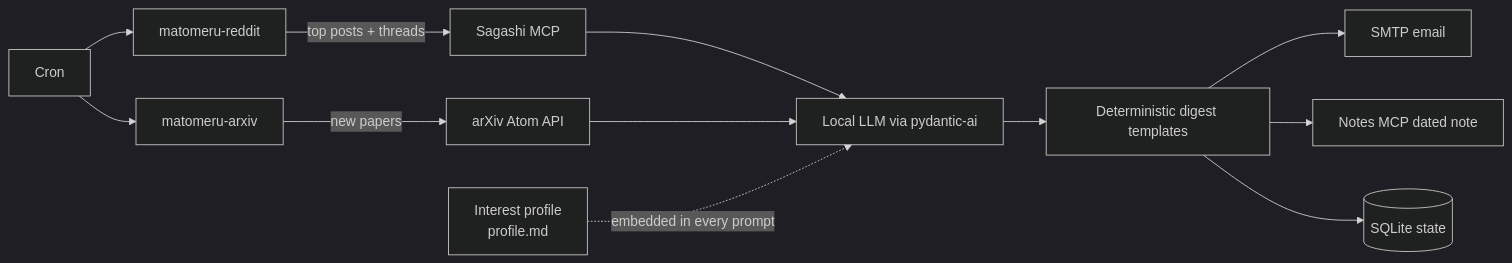
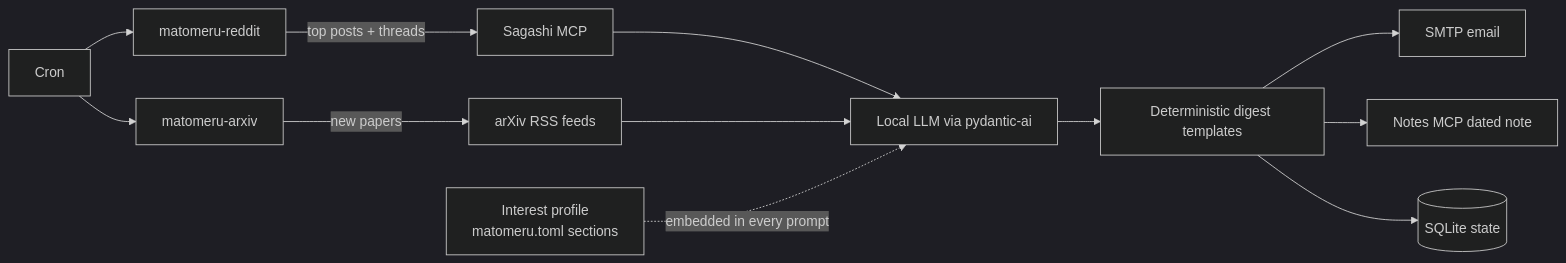
One commit to divin/matomeru changed the diagram in README.md. Above: the diagram before and after it, drawn with Mermaid (dark theme). The commit also changed other lines of this file and 5 other files, not shown here.

````diff
--- a/README.md
+++ b/README.md
@@ -13,14 +13,14 @@
 ```mermaid
 flowchart LR
     cron[Cron] --> R[matomeru-reddit]
     cron --> A[matomeru-arxiv]
     R -->|top posts + threads| S[Sagashi MCP]
-    A -->|new papers| X[arXiv Atom API]
+    A -->|new papers| X[arXiv RSS feeds]
     S --> L[Local LLM via pydantic-ai]
     X --> L
-    P[Interest profile<br/>profile.md] -. embedded in every prompt .-> L
+    P[Interest profile<br/>matomeru.toml sections] -. embedded in every prompt .-> L
     L --> T[Deterministic digest templates]
     T --> M[SMTP email]
     T --> N[Notes MCP dated note]
     T --> DB[(SQLite state)]
 ```
````
